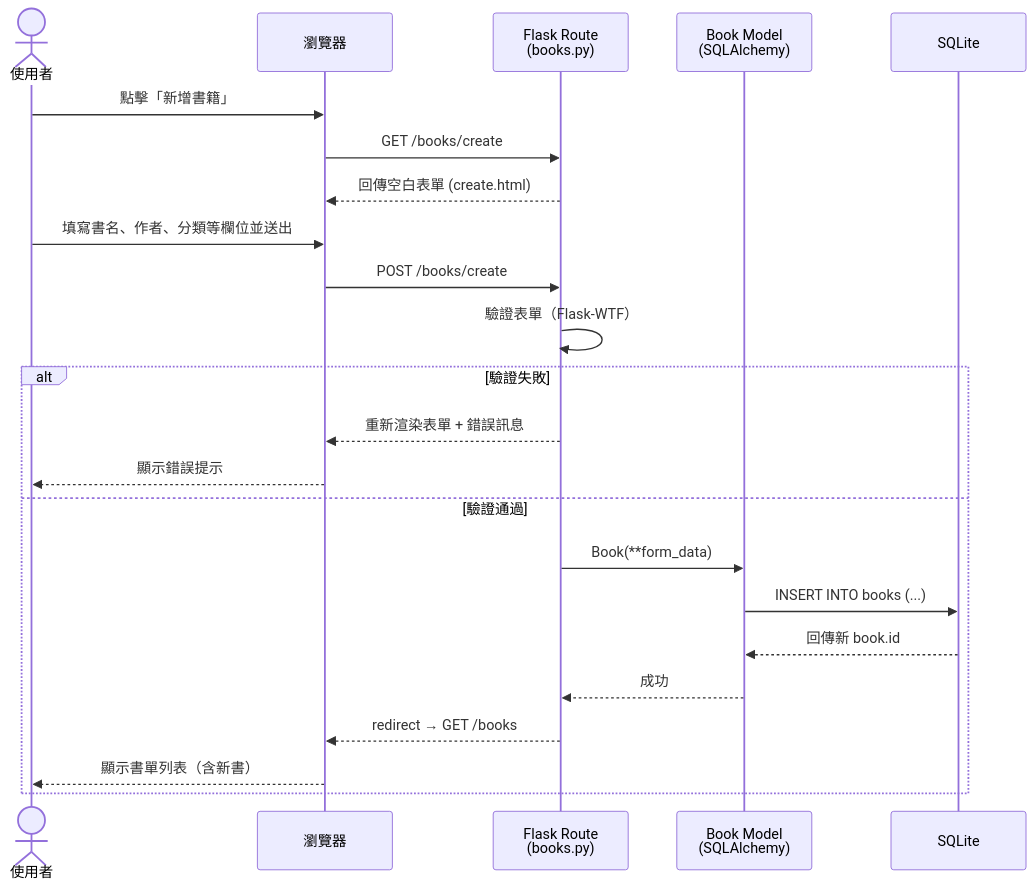
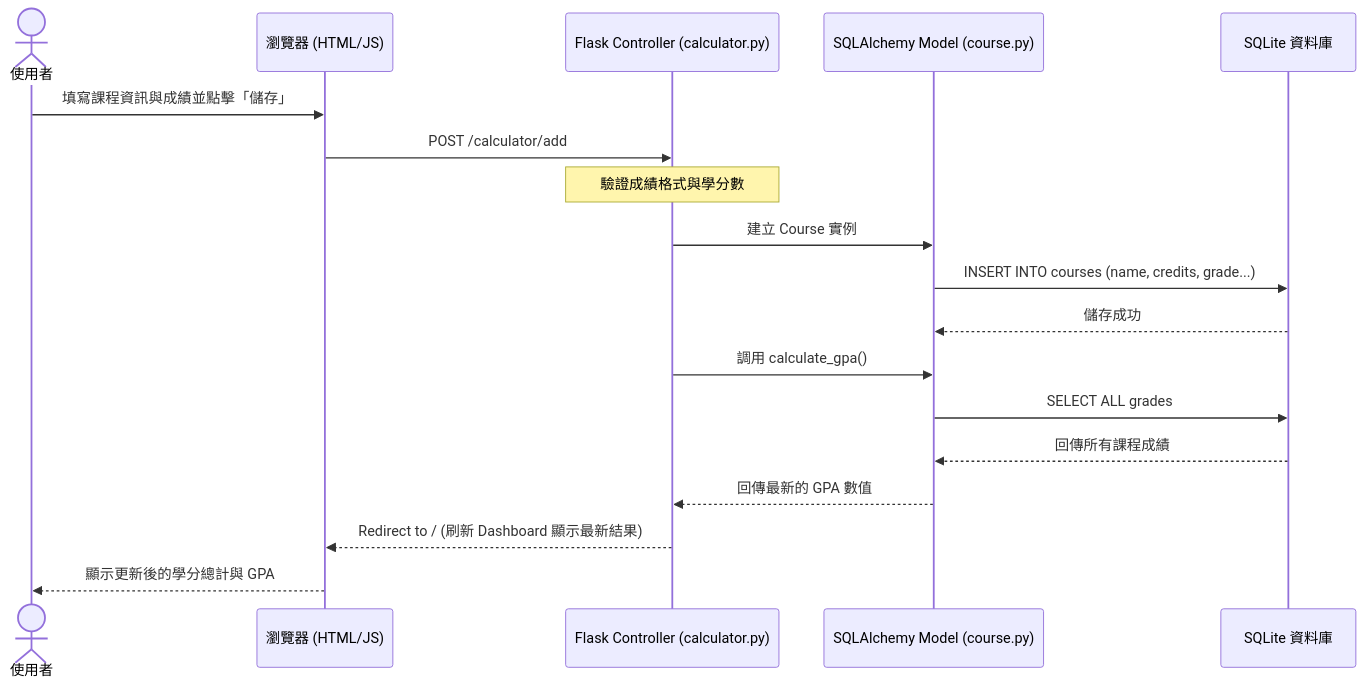
The second of 2 diagrams in docs/FLOWCHART.md (amelialai0316-eng/web_app_development), drawn with Mermaid before and after one commit. The commit also changed other lines of this file and 12 other files, not shown here.

Commit message:
feat: implement automated credit and GPA calculator

````diff
--- a/docs/FLOWCHART.md
+++ b/docs/FLOWCHART.md
@@ -66,29 +30,21 @@
 ```mermaid
 sequenceDiagram
     actor User as 使用者
-    participant Browser as 瀏覽器
-    participant Flask as Flask Route<br/>(books.py)
-    participant Model as Book Model<br/>(SQLAlchemy)
-    participant DB as SQLite
+    participant Browser as 瀏覽器 (HTML/JS)
+    participant Flask as Flask Controller (calculator.py)
+    participant Model as SQLAlchemy Model (course.py)
+    participant DB as SQLite 資料庫
 
-    User->>Browser: 點擊「新增書籍」
-    Browser->>Flask: GET /books/create
-    Flask-->>Browser: 回傳空白表單 (create.html)
-
-    User->>Browser: 填寫書名、作者、分類等欄位並送出
-    Browser->>Flask: POST /books/create
-
-    Flask->>Flask: 驗證表單（Flask-WTF）
-
-    alt 驗證失敗
-        Flask-->>Browser: 重新渲染表單 + 錯誤訊息
-        Browser-->>User: 顯示錯誤提示
-    else 驗證通過
-        Flask->>Model: Book(**form_data)
-        Model->>DB: INSERT INTO books (...)
-        DB-->>Model: 回傳新 book.id
-        Model-->>Flask: 成功
-        Flask-->>Browser: redirect → GET /books
-        Browser-->>User: 顯示書單列表（含新書）
-    end
+    User->>Browser: 填寫課程資訊與成績並點擊「儲存」
+    Browser->>Flask: POST /calculator/add
+    Note over Flask: 驗證成績格式與學分數
+    Flask->>Model: 建立 Course 實例
+    Model->>DB: INSERT INTO courses (name, credits, grade...)
+    DB-->>Model: 儲存成功
+    Flask->>Model: 調用 calculate_gpa()
+    Model->>DB: SELECT ALL grades
+    DB-->>Model: 回傳所有課程成績
+    Model-->>Flask: 回傳最新的 GPA 數值
+    Flask-->>Browser: Redirect to / (刷新 Dashboard 顯示最新結果)
+    Browser-->>User: 顯示更新後的學分總計與 GPA
 ```
````
